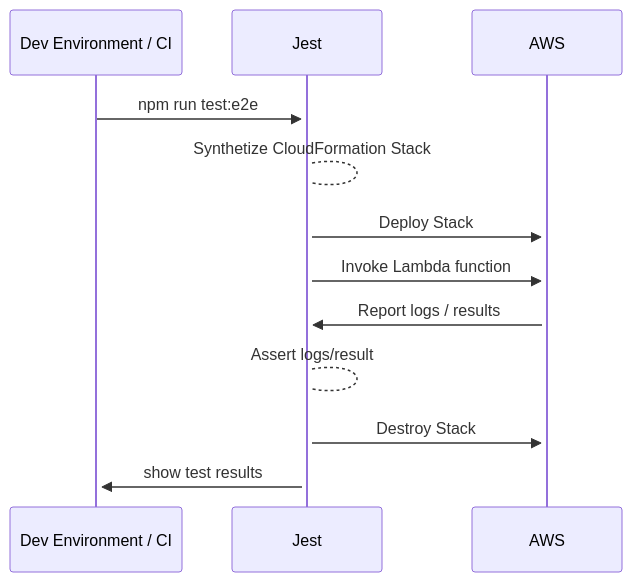
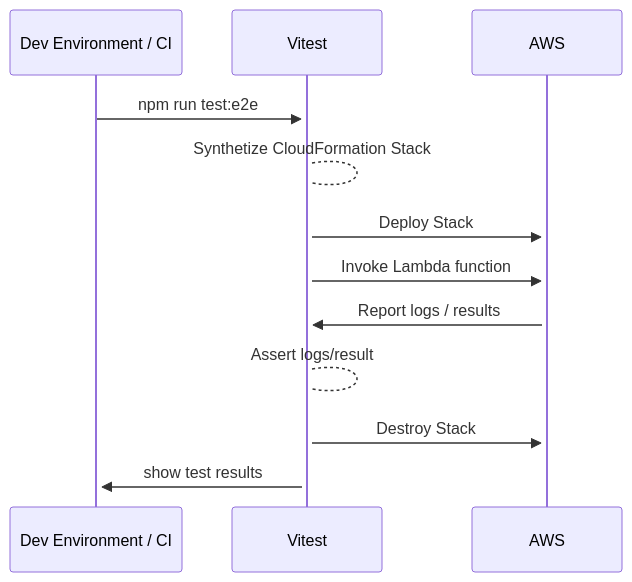
The diagram in docs/contributing/testing.md (aws-powertools/powertools-lambda-typescript), drawn with Mermaid before and after one commit. The commit also changed other lines of this file and 29 other files, not shown here.

````diff
--- a/docs/contributing/testing.md
+++ b/docs/contributing/testing.md
@@ -94,11 +83,11 @@
 ```mermaid
 sequenceDiagram
-    Dev Environment / CI->>+Jest: npm run test:e2e
-    Jest-->Jest: Synthetize CloudFormation Stack
-    Jest->>+AWS: Deploy Stack
-    Jest->>+AWS: Invoke Lambda function
-    AWS->>Jest: Report logs / results
-    Jest-->Jest: Assert logs/result
-    Jest->>+AWS: Destroy Stack
-    Jest->>+Dev Environment / CI: show test results
+    Dev Environment / CI->>+Vitest: npm run test:e2e
+    Vitest-->Vitest: Synthetize CloudFormation Stack
+    Vitest->>+AWS: Deploy Stack
+    Vitest->>+AWS: Invoke Lambda function
+    AWS->>Vitest: Report logs / results
+    Vitest-->Vitest: Assert logs/result
+    Vitest->>+AWS: Destroy Stack
+    Vitest->>+Dev Environment / CI: show test results
 ```
````
